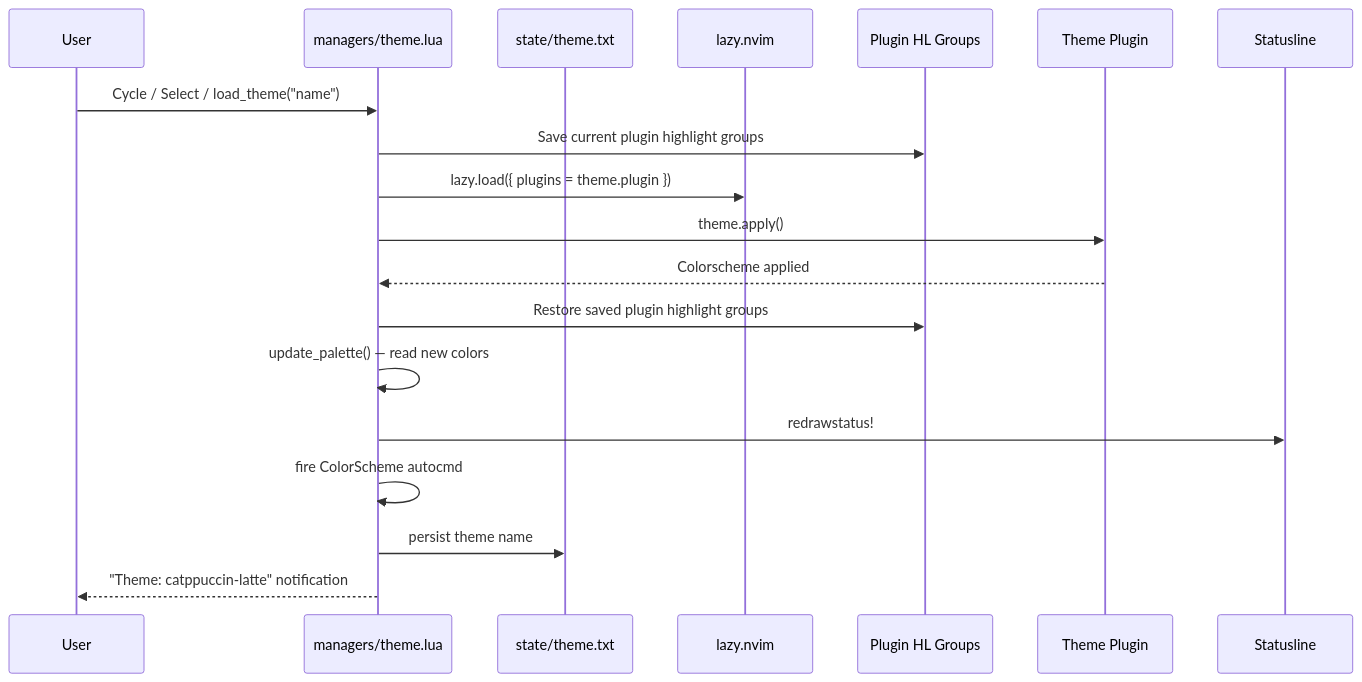
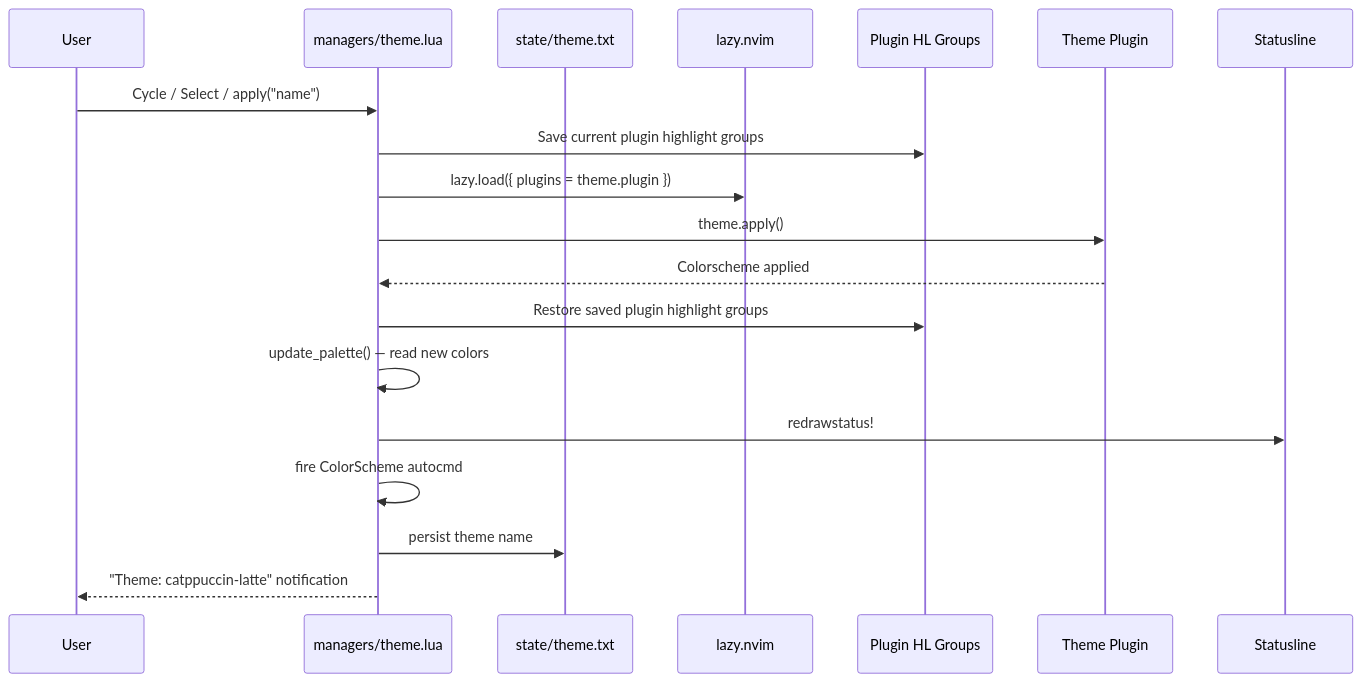
The diagram in docs/themes/switching-themes.md (krishna-thedeveloper/IDE-runtime-framework), drawn with Mermaid before and after one commit. The commit also changed 3 other files, not shown here.

First line of the commit message:
docs: replace load_theme API with apply and remove phantom light_variants table

````diff
--- a/docs/themes/switching-themes.md
+++ b/docs/themes/switching-themes.md
@@ -28,22 +28,22 @@
 ```mermaid
 sequenceDiagram
     participant U as User
     participant M as managers/theme.lua
     participant S as state/theme.txt
     participant L as lazy.nvim
     participant P as Plugin HL Groups
     participant T as Theme Plugin
     participant ST as Statusline
 
-    U->>M: Cycle / Select / load_theme("name")
+    U->>M: Cycle / Select / apply("name")
     M->>P: Save current plugin highlight groups
     M->>L: lazy.load({ plugins = theme.plugin })
     M->>T: theme.apply()
     T-->>M: Colorscheme applied
     M->>P: Restore saved plugin highlight groups
     M->>M: update_palette() — read new colors
     M->>ST: redrawstatus!
     M->>M: fire ColorScheme autocmd
     M->>S: persist theme name
     M-->>U: "Theme: catppuccin-latte" notification
 ```
````
